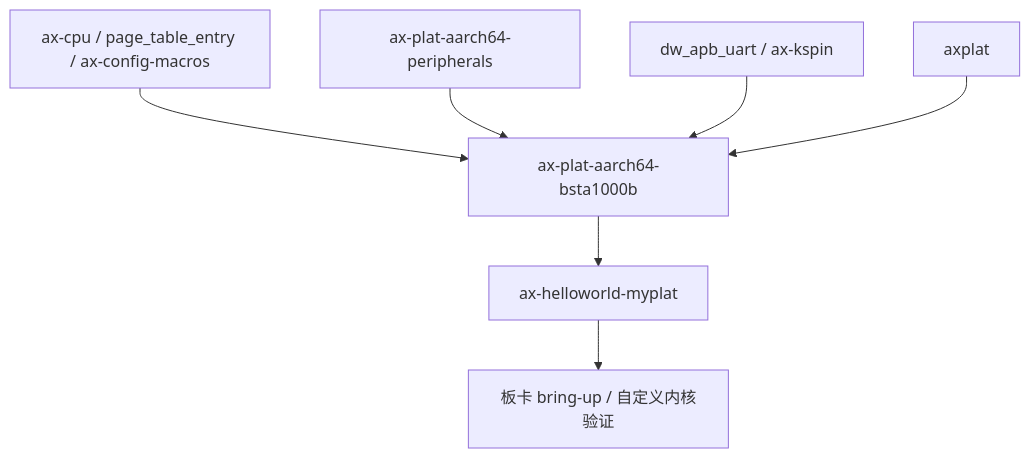
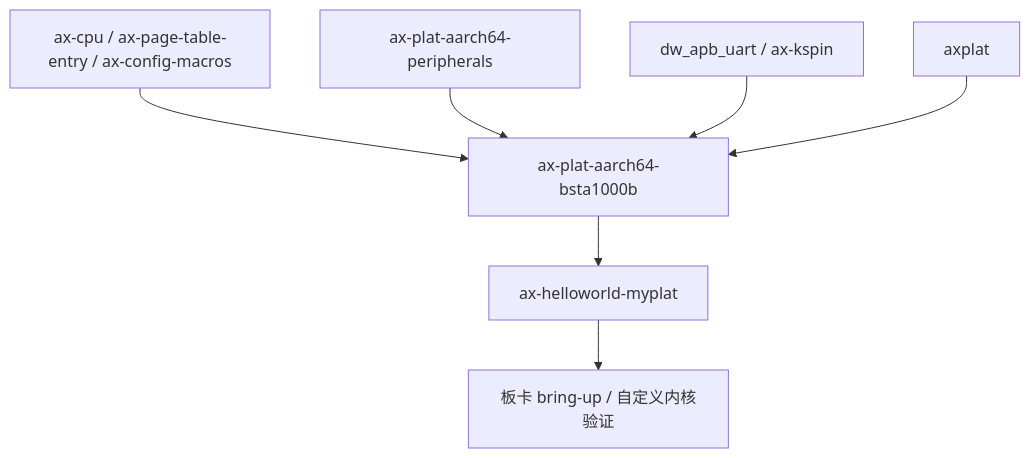
The second of 2 diagrams in docs/crates/ax-plat-aarch64-bsta1000b.md (zKurisu/tgoskits), drawn with Mermaid before and after one commit. The commit also changed other lines of this file and 62 other files, not shown here.

Commit message:
rename page_table_entry to ax-page-table-entry

````diff
--- a/docs/crates/ax-plat-aarch64-bsta1000b.md
+++ b/docs/crates/ax-plat-aarch64-bsta1000b.md
@@ -161,9 +161,9 @@
 ```mermaid
 graph TD
-    A[ax-cpu / page_table_entry / ax-config-macros] --> B[ax-plat-aarch64-bsta1000b]
+    A[ax-cpu / ax-page-table-entry / ax-config-macros] --> B[ax-plat-aarch64-bsta1000b]
     C[ax-plat-aarch64-peripherals] --> B
     D[dw_apb_uart / ax-kspin] --> B
     E[axplat] --> B
     B --> F[ax-helloworld-myplat]
     F --> G[板卡 bring-up / 自定义内核验证]
 ```
````
